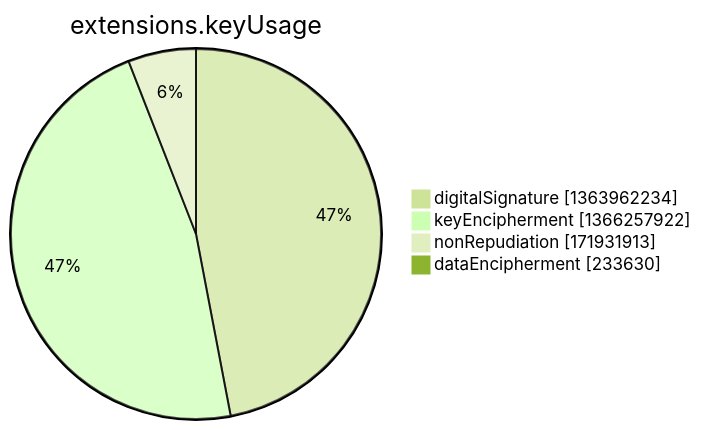
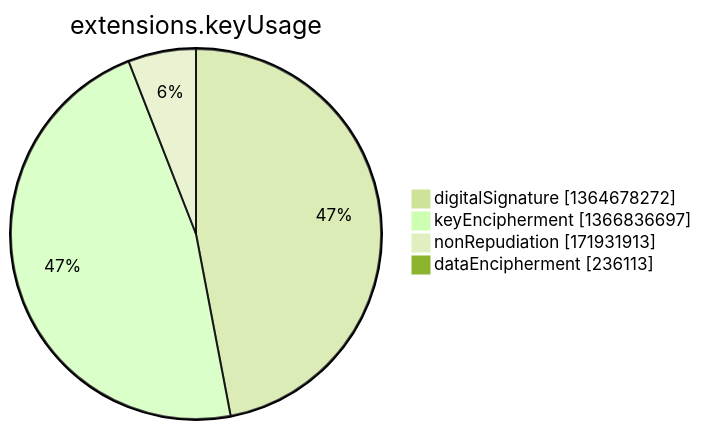
The seventh of 15 diagrams in argon2022/README.md (christiankrug/ctmonitor_visualization), drawn with Mermaid (forest theme) before and after one commit. The commit also changed other lines of this file, not shown here.

````diff
--- a/argon2022/README.md
+++ b/argon2022/README.md
@@ -2751,8 +2751,8 @@
 ```mermaid
 pie showData
 title extensions.keyUsage
-"digitalSignature" :1363962234
-"keyEncipherment" :1366257922
+"digitalSignature" :1364678272
+"keyEncipherment" :1366836697
 "nonRepudiation" :171931913
-"dataEncipherment" :233630
+"dataEncipherment" :236113
 ```
````
